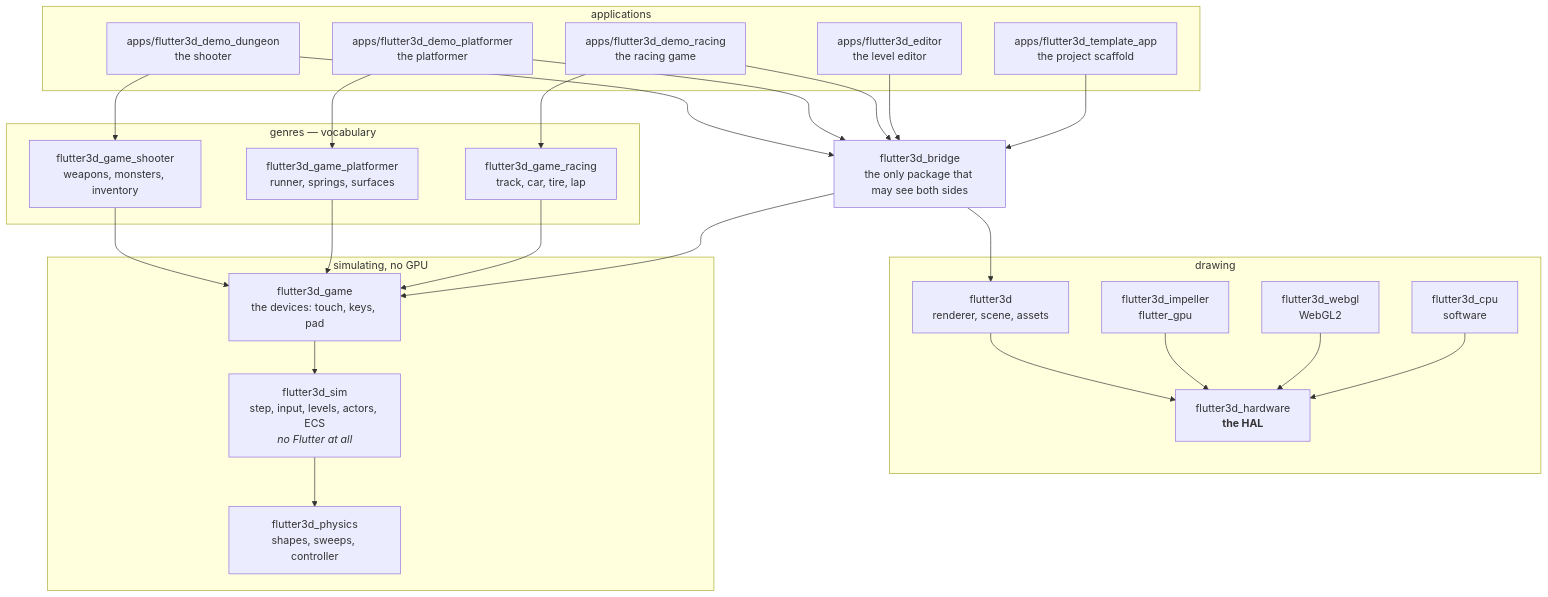
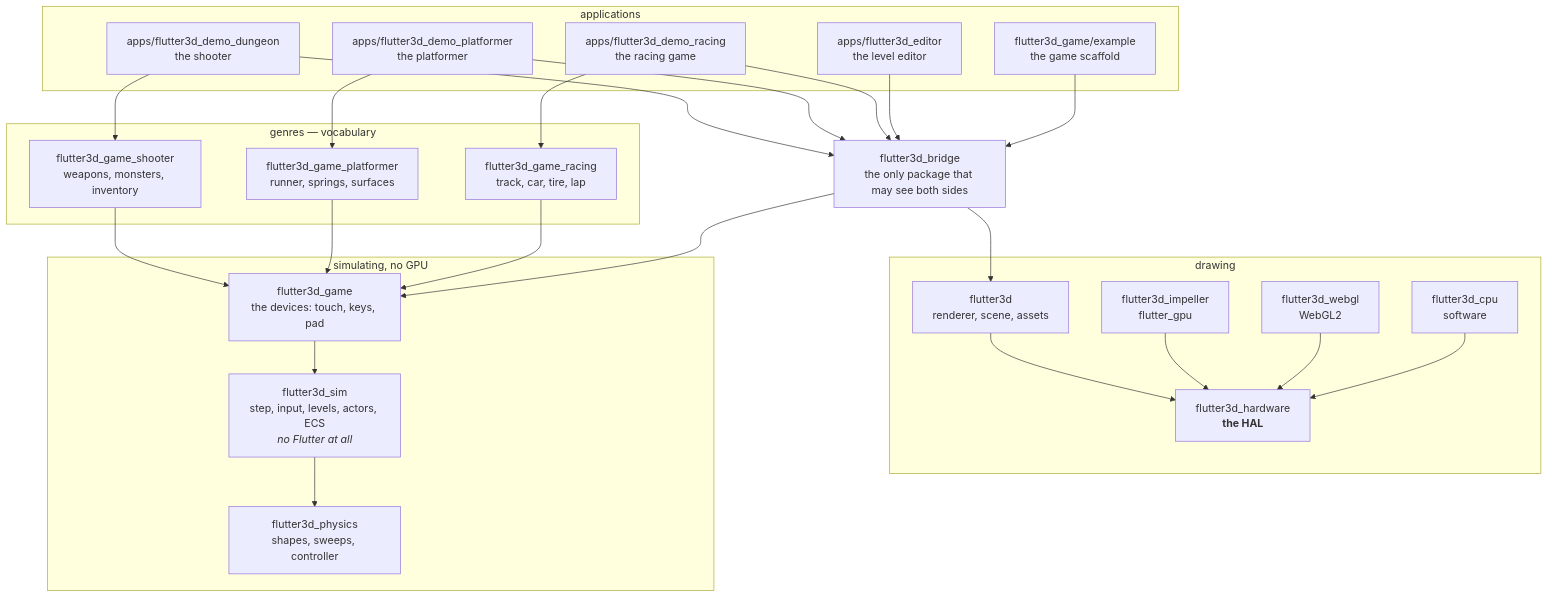
Before and after one commit to pleiondev/flutter3d: the diagram in site/content/index.md, drawn with Mermaid. The commit also changed 63 other files, not shown here.

First line of the commit message:
Split the project seed into two package examples and drop the twin.

````diff
--- a/site/content/index.md
+++ b/site/content/index.md
@@ -76,48 +76,48 @@
 ```mermaid
 flowchart TB
   subgraph app["applications"]
     dungeon["apps/flutter3d_demo_dungeon<br>the shooter"]
     platformer["apps/flutter3d_demo_platformer<br>the platformer"]
     racing["apps/flutter3d_demo_racing<br>the racing game"]
     editor["apps/flutter3d_editor<br>the level editor"]
-    templateApp["apps/flutter3d_template_app<br>the project scaffold"]
+    gameSeed["flutter3d_game/example<br>the game scaffold"]
   end
 
   subgraph genre["genres — vocabulary"]
     shooter["flutter3d_game_shooter<br>weapons, monsters, inventory"]
     plat["flutter3d_game_platformer<br>runner, springs, surfaces"]
     race["flutter3d_game_racing<br>track, car, tire, lap"]
   end
 
   bridge["flutter3d_bridge<br>the only package that may see both sides"]
 
   subgraph draw["drawing"]
     f3d["flutter3d<br>renderer, scene, assets"]
     gfx["flutter3d_hardware<br><b>the HAL</b>"]
     impeller["flutter3d_impeller<br>flutter_gpu"]
     webgl["flutter3d_webgl<br>WebGL2"]
     cpu["flutter3d_cpu<br>software"]
   end
 
   subgraph sim["simulating, no GPU"]
     game["flutter3d_game<br>the devices: touch, keys, pad"]
     simp["flutter3d_sim<br>step, input, levels, actors, ECS<br><i>no Flutter at all</i>"]
     physics["flutter3d_physics<br>shapes, sweeps, controller"]
   end
 
   dungeon --> shooter & bridge
   platformer --> plat & bridge
   racing --> race & bridge
   editor --> bridge
-  templateApp --> bridge
+  gameSeed --> bridge
   shooter --> game
   plat --> game
   race --> game
   bridge --> f3d & game
   f3d --> gfx
   impeller --> gfx
   webgl --> gfx
   cpu --> gfx
   game --> simp
   simp --> physics
 ```
````
